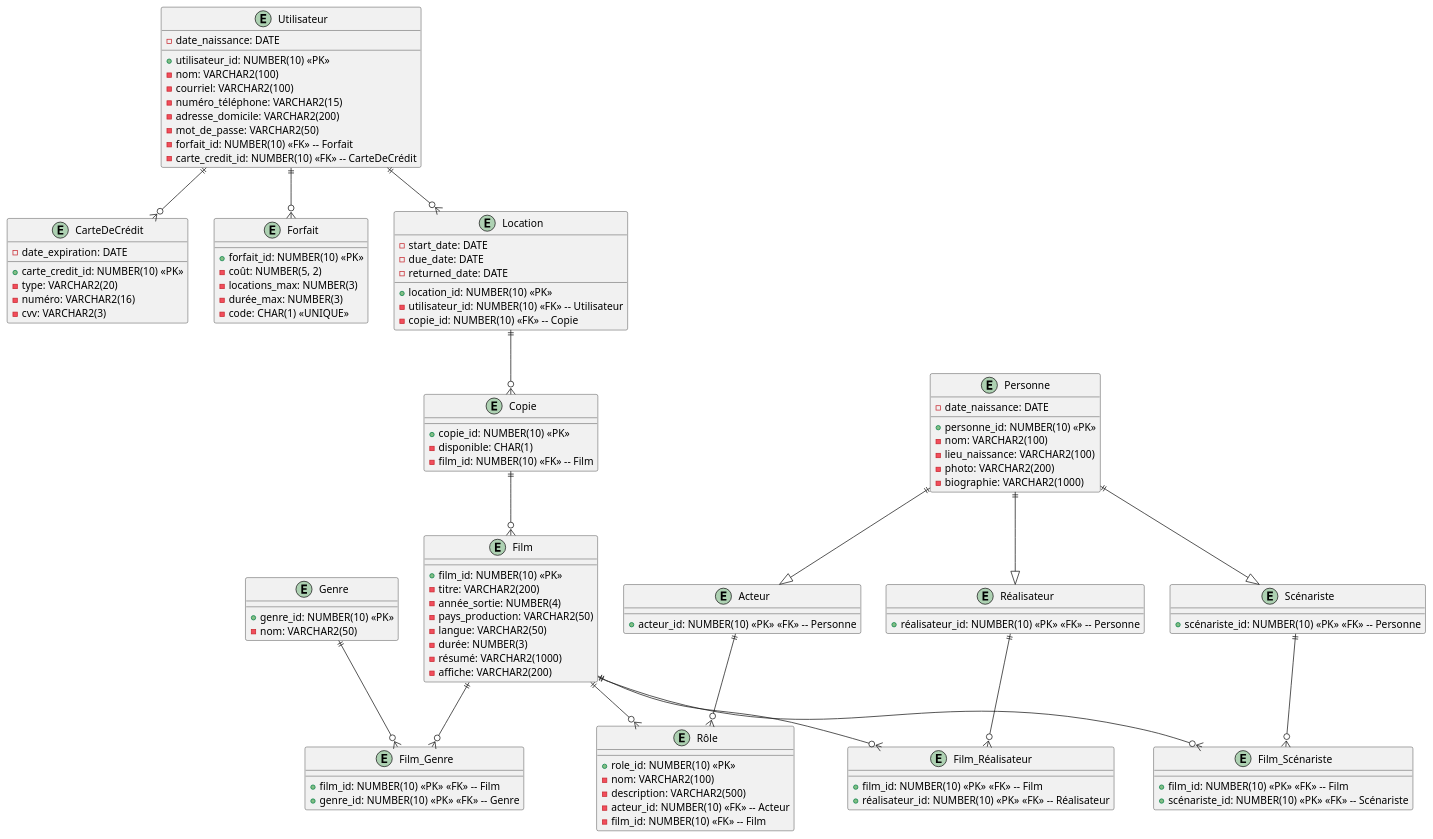
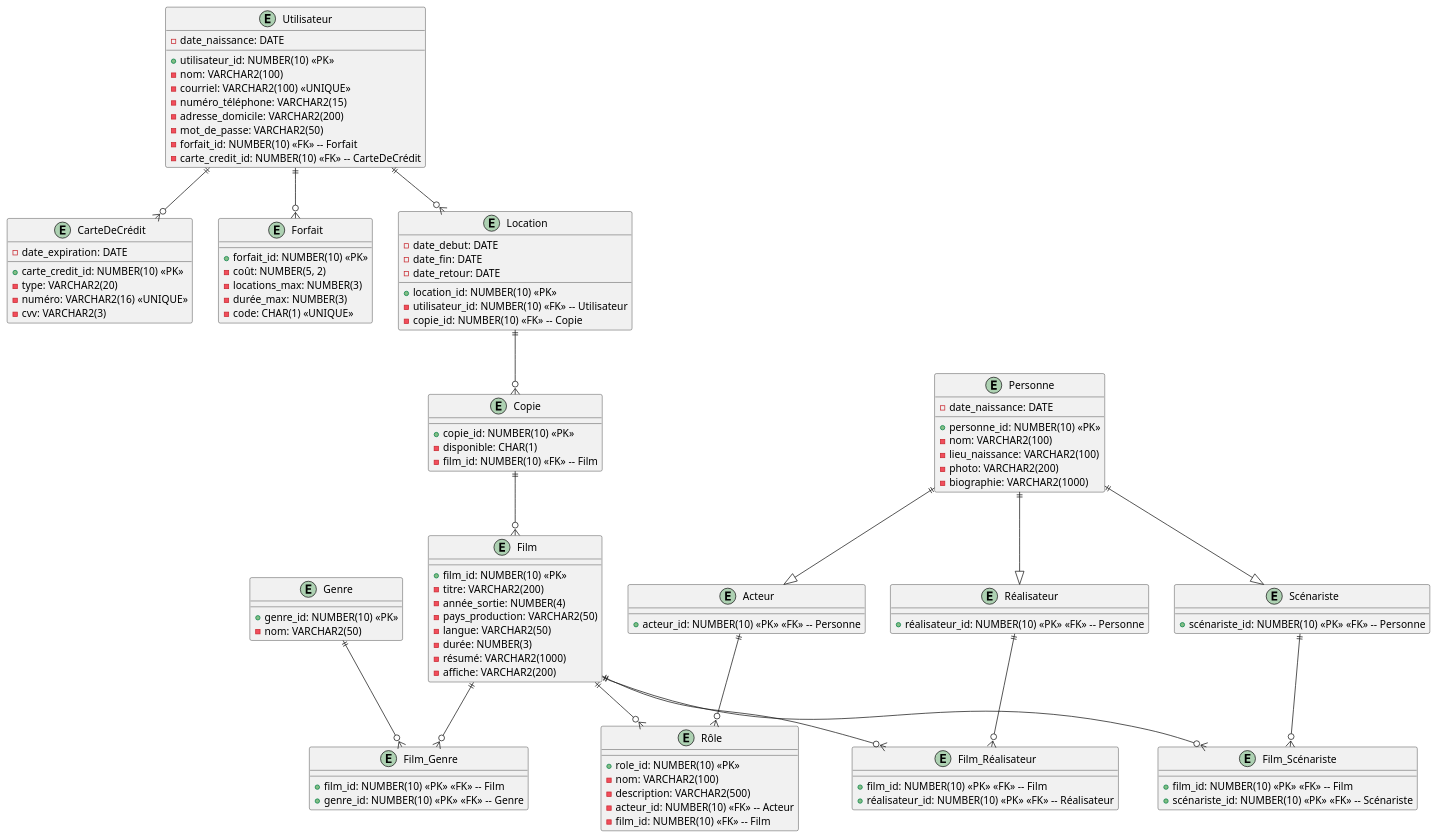
Before and after one commit to snakedye/LOG660-01: the diagram in docs/schema.puml, drawn with PlantUML. The commit also changed 3 other files, not shown here.

Commit message:
Refactor class diagram to hide empty members and footbox

```diff
--- a/docs/schema.puml
+++ b/docs/schema.puml
@@ -1,123 +1,124 @@
-@startuml
+@startuml schema
+
 entity Utilisateur {
   + utilisateur_id: NUMBER(10) <<PK>>
   - nom: VARCHAR2(100)
-  - courriel: VARCHAR2(100)
+  - courriel: VARCHAR2(100) <<UNIQUE>>
   - numéro_téléphone: VARCHAR2(15)
   - adresse_domicile: VARCHAR2(200)
   - date_naissance: DATE
   - mot_de_passe: VARCHAR2(50)
   - forfait_id: NUMBER(10) <<FK>> -- Forfait
   - carte_credit_id: NUMBER(10) <<FK>> -- CarteDeCrédit
 }
 
 entity CarteDeCrédit {
   + carte_credit_id: NUMBER(10) <<PK>>
   - type: VARCHAR2(20)
-  - numéro: VARCHAR2(16)
+  - numéro: VARCHAR2(16) <<UNIQUE>>
   - date_expiration: DATE
   - cvv: VARCHAR2(3)
 }
 
 entity Forfait {
   + forfait_id: NUMBER(10) <<PK>>
   - coût: NUMBER(5, 2)
   - locations_max: NUMBER(3)
   - durée_max: NUMBER(3)
   - code: CHAR(1) <<UNIQUE>>
 }
 
 entity Location {
   + location_id: NUMBER(10) <<PK>>
-  - start_date: DATE
-  - due_date: DATE
-  - returned_date: DATE
+  - date_debut: DATE
+  - date_fin: DATE
+  - date_retour: DATE
   - utilisateur_id: NUMBER(10) <<FK>> -- Utilisateur
   - copie_id: NUMBER(10) <<FK>> -- Copie
 }
 
 entity Film {
   + film_id: NUMBER(10) <<PK>>
   - titre: VARCHAR2(200)
   - année_sortie: NUMBER(4)
   - pays_production: VARCHAR2(50)
   - langue: VARCHAR2(50)
   - durée: NUMBER(3)
   - résumé: VARCHAR2(1000)
   - affiche: VARCHAR2(200)
 }
 
 entity Genre {
   + genre_id: NUMBER(10) <<PK>>
   - nom: VARCHAR2(50)
 }
 
 entity Film_Genre {
   + film_id: NUMBER(10) <<PK>> <<FK>> -- Film
   + genre_id: NUMBER(10) <<PK>> <<FK>> -- Genre
 }
 
 entity Copie {
   + copie_id: NUMBER(10) <<PK>>
   - disponible: CHAR(1)
   - film_id: NUMBER(10) <<FK>> -- Film
 }
 
 entity Personne {
   + personne_id: NUMBER(10) <<PK>>
   - nom: VARCHAR2(100)
   - date_naissance: DATE
   - lieu_naissance: VARCHAR2(100)
   - photo: VARCHAR2(200)
   - biographie: VARCHAR2(1000)
 }
 
 entity Réalisateur {
   + réalisateur_id: NUMBER(10) <<PK>> <<FK>> -- Personne
 }
 
 entity Scénariste {
   + scénariste_id: NUMBER(10) <<PK>> <<FK>> -- Personne
 }
 
 entity Acteur {
   + acteur_id: NUMBER(10) <<PK>> <<FK>> -- Personne
 }
 
 entity Rôle {
   + role_id: NUMBER(10) <<PK>>
   - nom: VARCHAR2(100)
   - description: VARCHAR2(500)
   - acteur_id: NUMBER(10) <<FK>> -- Acteur
   - film_id: NUMBER(10) <<FK>> -- Film
 }
 
 entity Film_Réalisateur {
   + film_id: NUMBER(10) <<PK>> <<FK>> -- Film
   + réalisateur_id: NUMBER(10) <<PK>> <<FK>> -- Réalisateur
 }
 
 entity Film_Scénariste {
   + film_id: NUMBER(10) <<PK>> <<FK>> -- Film
   + scénariste_id: NUMBER(10) <<PK>> <<FK>> -- Scénariste
 }
 
 ' Associations (relations entre tables)
 Utilisateur ||--o{ Forfait
 Utilisateur ||--o{ CarteDeCrédit
 Utilisateur ||--o{ Location
 Location ||--o{ Copie
 Copie ||--o{ Film
 Film ||--o{ Film_Genre
 Genre ||--o{ Film_Genre
 Film ||--o{ Film_Réalisateur
 Réalisateur ||--o{ Film_Réalisateur
 Film ||--o{ Film_Scénariste
 Scénariste ||--o{ Film_Scénariste
 Acteur ||--o{ Rôle
 Film ||--o{ Rôle
 Personne ||--|> Réalisateur
 Personne ||--|> Acteur
 Personne ||--|> Scénariste
 
 @enduml
```
